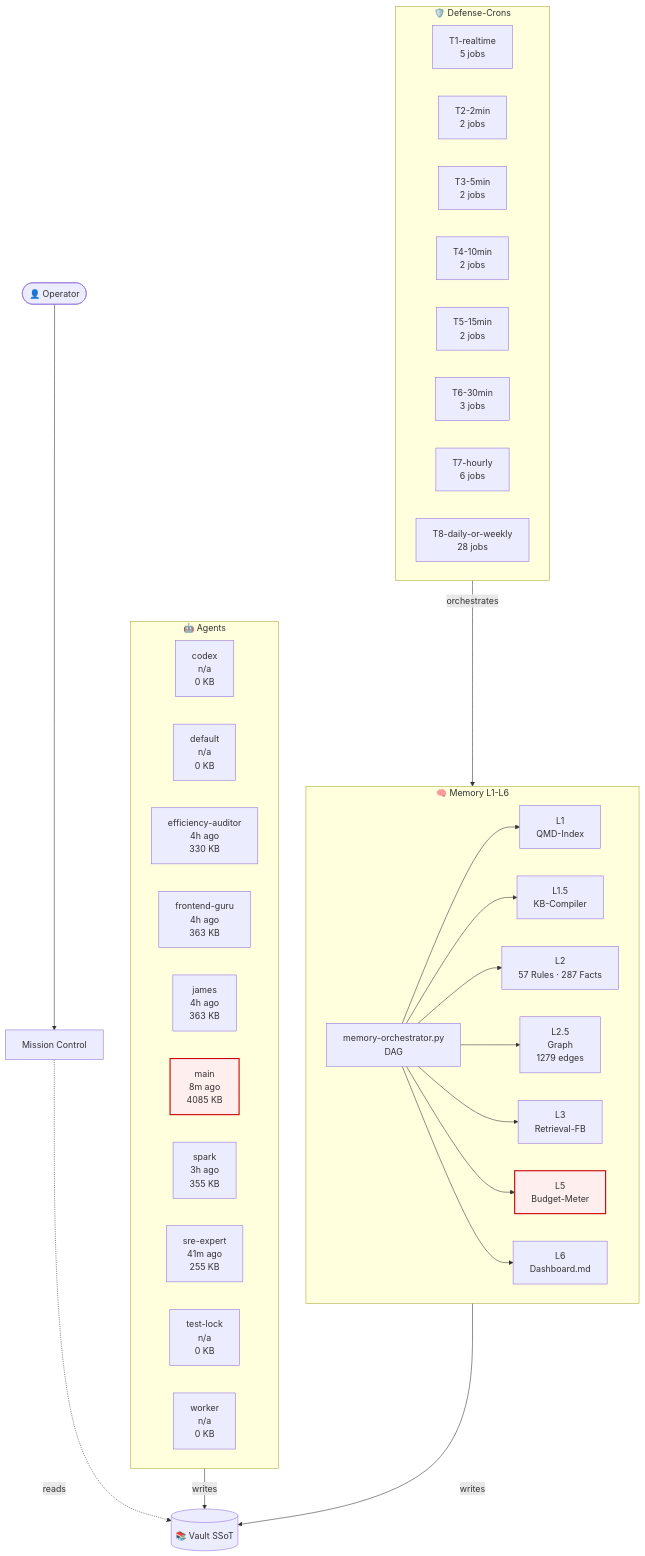
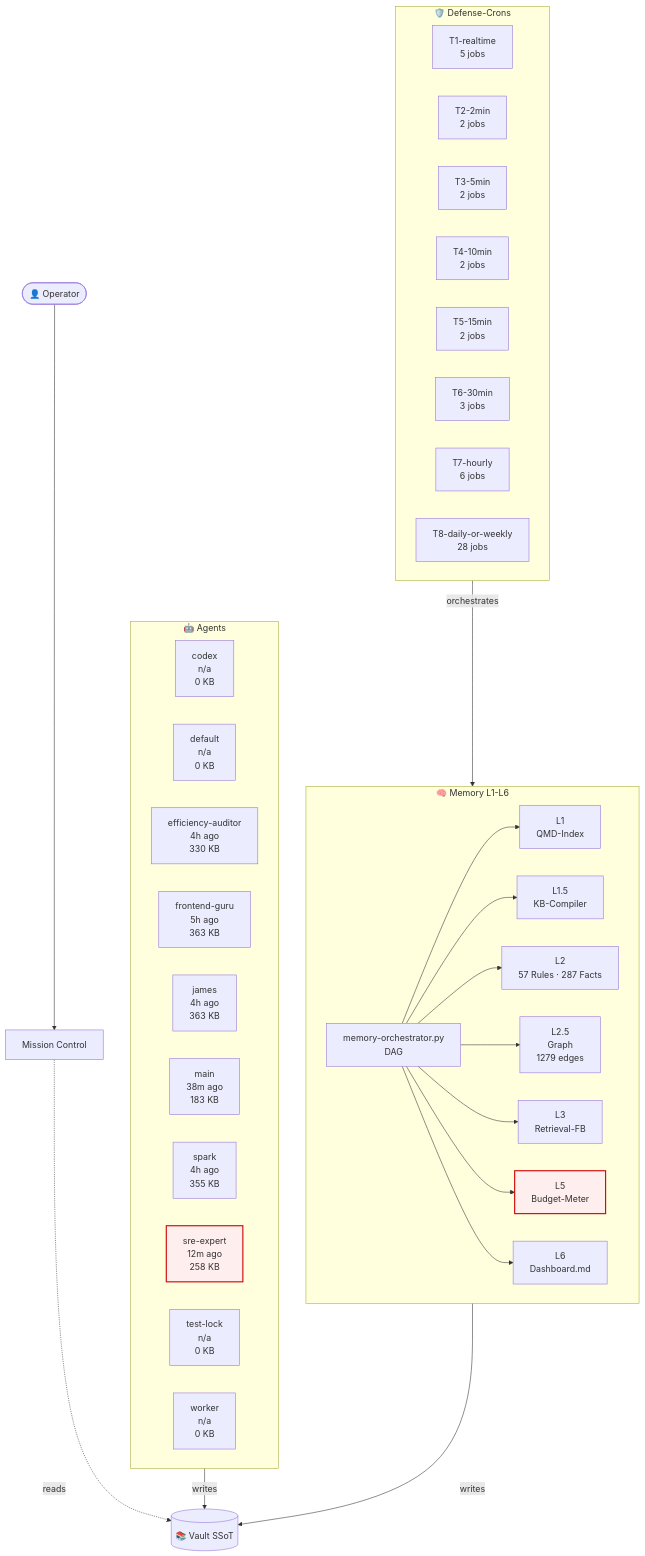
One commit to lenardhuebner88-rgb/openclaw-memory changed the diagram in 03-Agents/architecture-live.md. Above: the diagram before and after it, drawn with Mermaid. The commit also changed other lines of this file and 13 other files, not shown here.

````diff
--- a/03-Agents/architecture-live.md
+++ b/03-Agents/architecture-live.md
@@ -18,53 +18,53 @@
 ```mermaid
 flowchart TB
     classDef critical fill:#fee,stroke:#c00,stroke-width:2px;
     subgraph AGT["🤖 Agents"]
         agent_codex["codex<br/>n/a<br/>0 KB"]
         agent_default["default<br/>n/a<br/>0 KB"]
         agent_efficiency_auditor["efficiency-auditor<br/>4h ago<br/>330 KB"]
-        agent_frontend_guru["frontend-guru<br/>4h ago<br/>363 KB"]
+        agent_frontend_guru["frontend-guru<br/>5h ago<br/>363 KB"]
         agent_james["james<br/>4h ago<br/>363 KB"]
-        agent_main["main<br/>8m ago<br/>4085 KB"]
-        agent_spark["spark<br/>3h ago<br/>355 KB"]
-        agent_sre_expert["sre-expert<br/>41m ago<br/>255 KB"]
+        agent_main["main<br/>38m ago<br/>183 KB"]
+        agent_spark["spark<br/>4h ago<br/>355 KB"]
+        agent_sre_expert["sre-expert<br/>12m ago<br/>258 KB"]
         agent_test_lock["test-lock<br/>n/a<br/>0 KB"]
         agent_worker["worker<br/>n/a<br/>0 KB"]
     end
     subgraph MEM["🧠 Memory L1-L6"]
         L1["L1<br/>QMD-Index"]
         L15["L1.5<br/>KB-Compiler"]
         L2["L2<br/>57 Rules · 287 Facts"]
         L25["L2.5<br/>Graph<br/>1279 edges"]
         L3["L3<br/>Retrieval-FB"]
         L5["L5<br/>Budget-Meter"]
         L6["L6<br/>Dashboard.md"]
         ORCH["memory-orchestrator.py<br/>DAG"]
     end
     subgraph CRN["🛡️ Defense-Crons"]
         tier_T1_realtime["T1-realtime<br/>5 jobs"]
         tier_T2_2min["T2-2min<br/>2 jobs"]
         tier_T3_5min["T3-5min<br/>2 jobs"]
         tier_T4_10min["T4-10min<br/>2 jobs"]
         tier_T5_15min["T5-15min<br/>2 jobs"]
         tier_T6_30min["T6-30min<br/>3 jobs"]
         tier_T7_hourly["T7-hourly<br/>6 jobs"]
         tier_T8_daily_or_weekly["T8-daily-or-weekly<br/>28 jobs"]
     end
     VAULT[("📚 Vault SSoT")]
     OP([👤 Operator])
     MC["Mission Control"]
     OP --> MC
     MC -.reads.-> VAULT
     AGT -->|writes| VAULT
     MEM -->|writes| VAULT
     ORCH --> L1
     ORCH --> L15
     ORCH --> L2
     ORCH --> L25
     ORCH --> L3
     ORCH --> L5
     ORCH --> L6
     CRN -->|orchestrates| MEM
     class L5 critical
-    class agent_main critical
+    class agent_sre_expert critical
 ```
````
